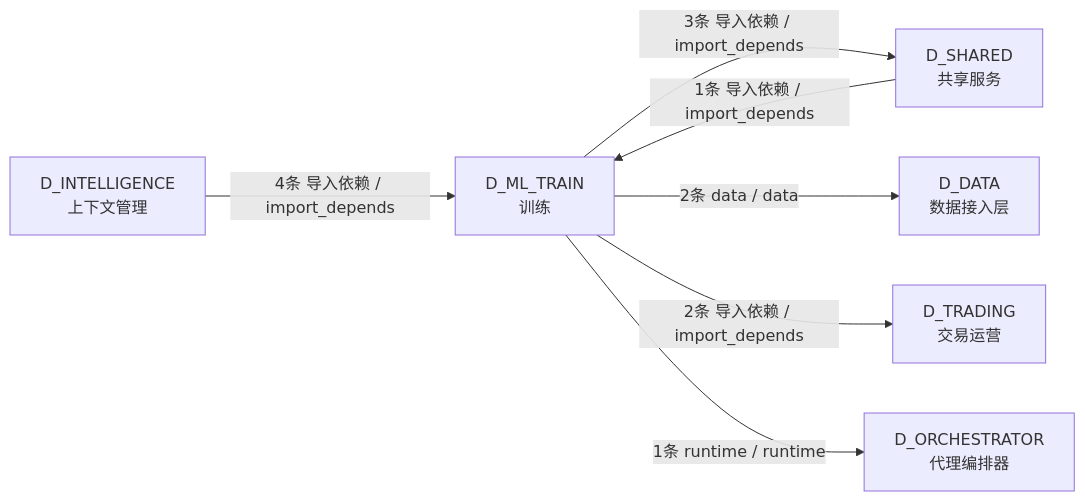
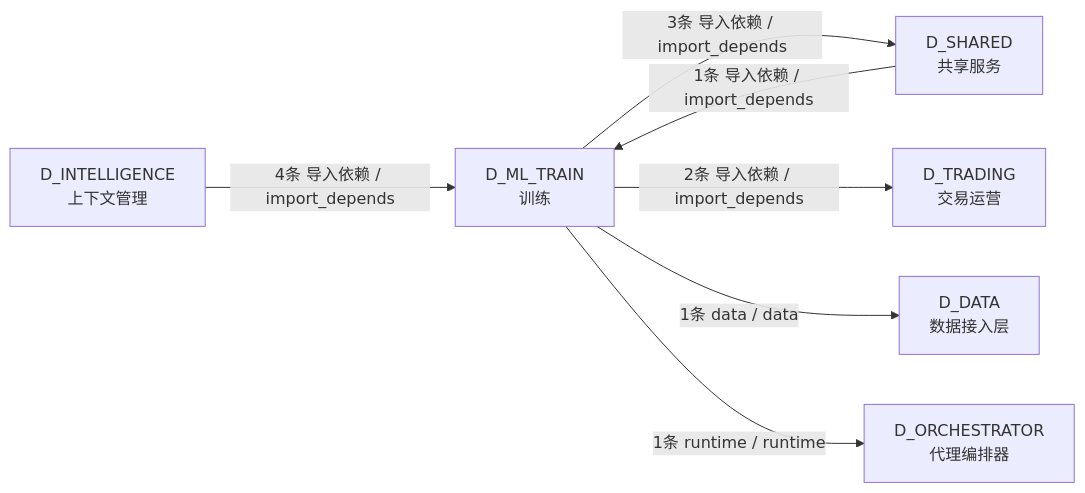
The fourth of 4 diagrams in docs/02_enterprise_architecture/02_domain_architecture_docs/61_d_ml_train.md (xuanFelixVan/ZephyrAlpha), drawn with Mermaid before and after one commit. The commit also changed other lines of this file and 20 other files, not shown here.

````diff
--- a/docs/02_enterprise_architecture/02_domain_architecture_docs/61_d_ml_train.md
+++ b/docs/02_enterprise_architecture/02_domain_architecture_docs/61_d_ml_train.md
@@ -174,15 +174,15 @@
 ```mermaid
 graph LR
     D_ML_TRAIN["D_ML_TRAIN<br/>训练"]
     D_SHARED["D_SHARED<br/>共享服务"]
+    D_TRADING["D_TRADING<br/>交易运营"]
     D_DATA["D_DATA<br/>数据接入层"]
-    D_TRADING["D_TRADING<br/>交易运营"]
     D_ORCHESTRATOR["D_ORCHESTRATOR<br/>代理编排器"]
     D_INTELLIGENCE["D_INTELLIGENCE<br/>上下文管理"]
     D_ML_TRAIN -->|3条 导入依赖 / import_depends| D_SHARED
-    D_ML_TRAIN -->|2条 data / data| D_DATA
     D_ML_TRAIN -->|2条 导入依赖 / import_depends| D_TRADING
+    D_ML_TRAIN -->|1条 data / data| D_DATA
     D_ML_TRAIN -->|1条 runtime / runtime| D_ORCHESTRATOR
     D_INTELLIGENCE -->|4条 导入依赖 / import_depends| D_ML_TRAIN
     D_SHARED -->|1条 导入依赖 / import_depends| D_ML_TRAIN
 ```
````
